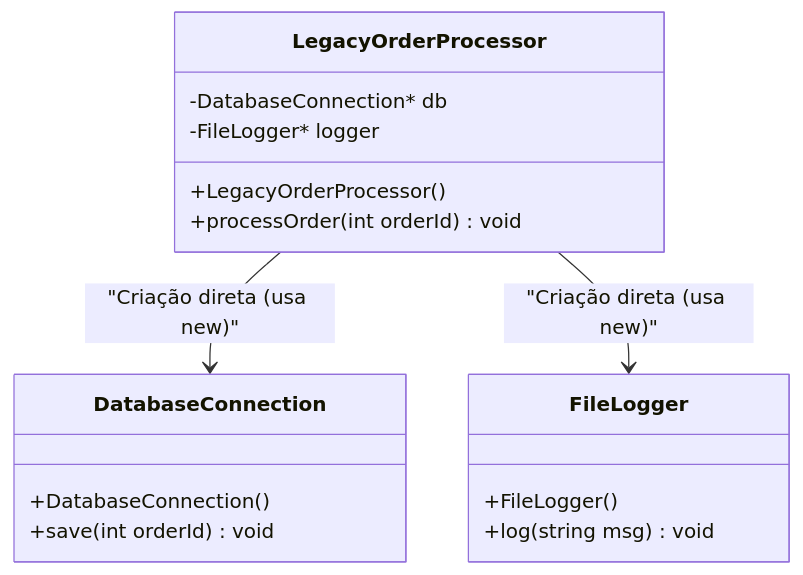
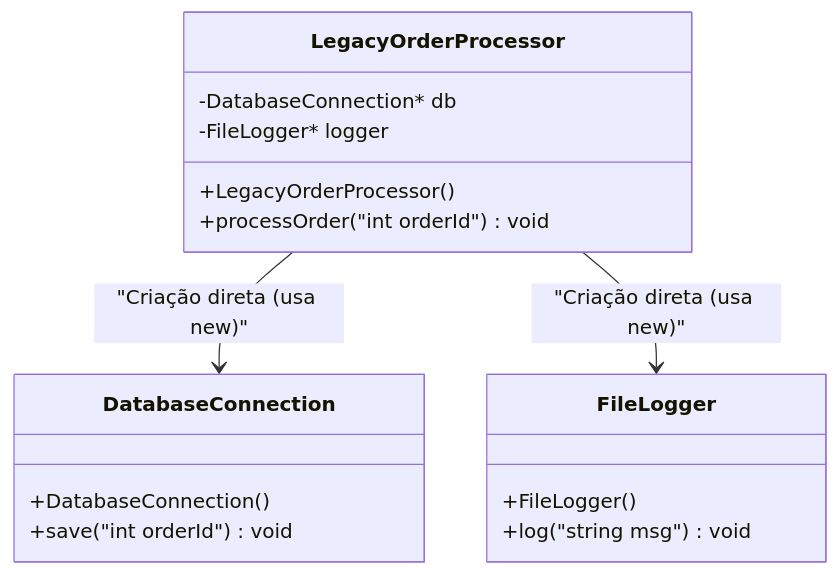
The second of 3 diagrams in content/post/リファクタリングの極意/index.pt.md (kenjinote/blog), drawn with Mermaid before and after one commit. The commit also changed other lines of this file and 929 other files, not shown here.

Commit message:
fix: Add double quotes to all Mermaid node texts to resolve syntax errors

````diff
--- a/content/post/リファクタリングの極意/index.pt.md
+++ b/content/post/リファクタリングの極意/index.pt.md
@@ -92,19 +92,19 @@
 ```mermaid
 classDiagram
     class LegacyOrderProcessor {
         -DatabaseConnection* db
         -FileLogger* logger
         +LegacyOrderProcessor()
-        +processOrder(int orderId) void
+        +processOrder("int orderId") void
     }
     class DatabaseConnection {
         +DatabaseConnection()
-        +save(int orderId) void
+        +save("int orderId") void
     }
     class FileLogger {
         +FileLogger()
-        +log(string msg) void
+        +log("string msg") void
     }
     LegacyOrderProcessor --> DatabaseConnection : "Criação direta (usa new)"
     LegacyOrderProcessor --> FileLogger : "Criação direta (usa new)"
 ```
````
